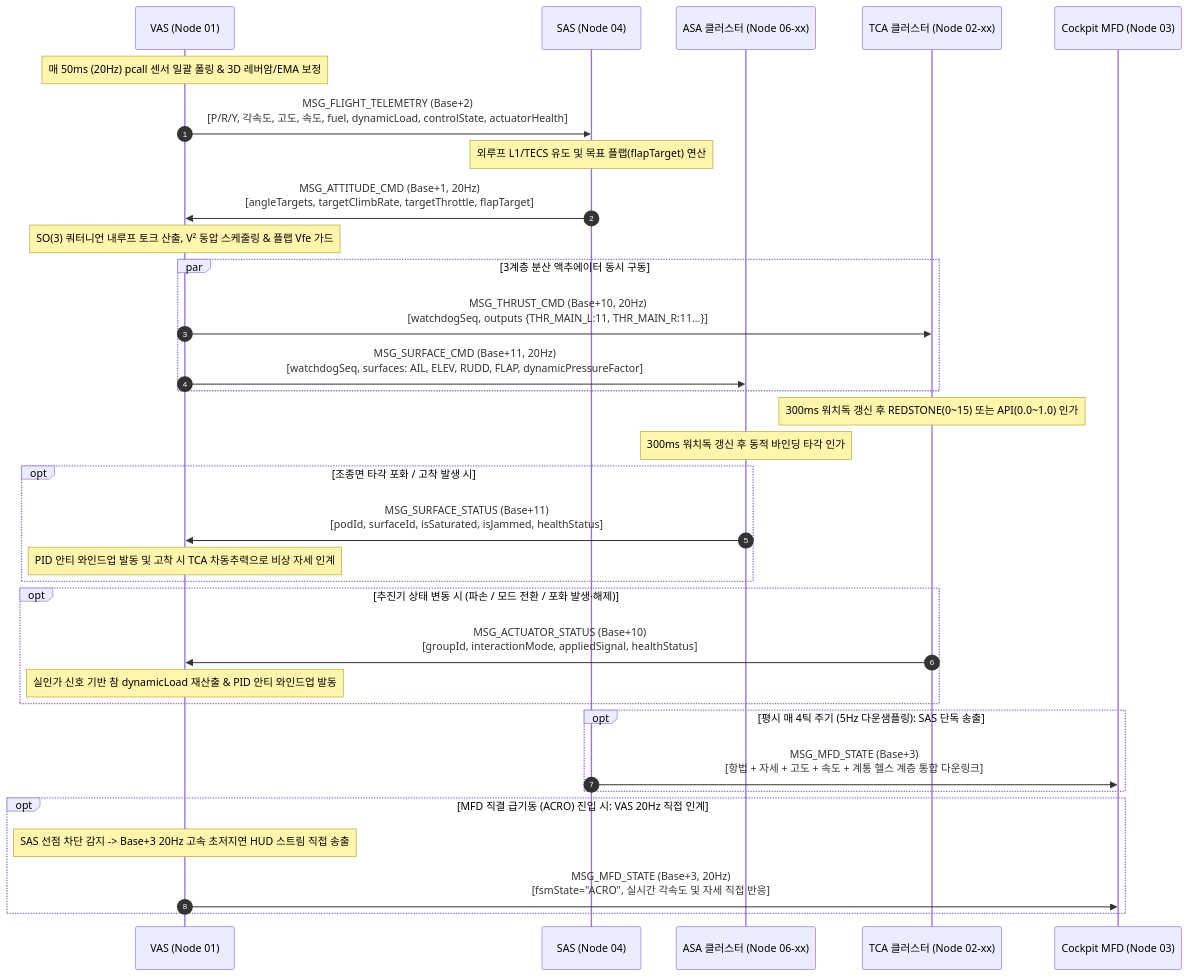
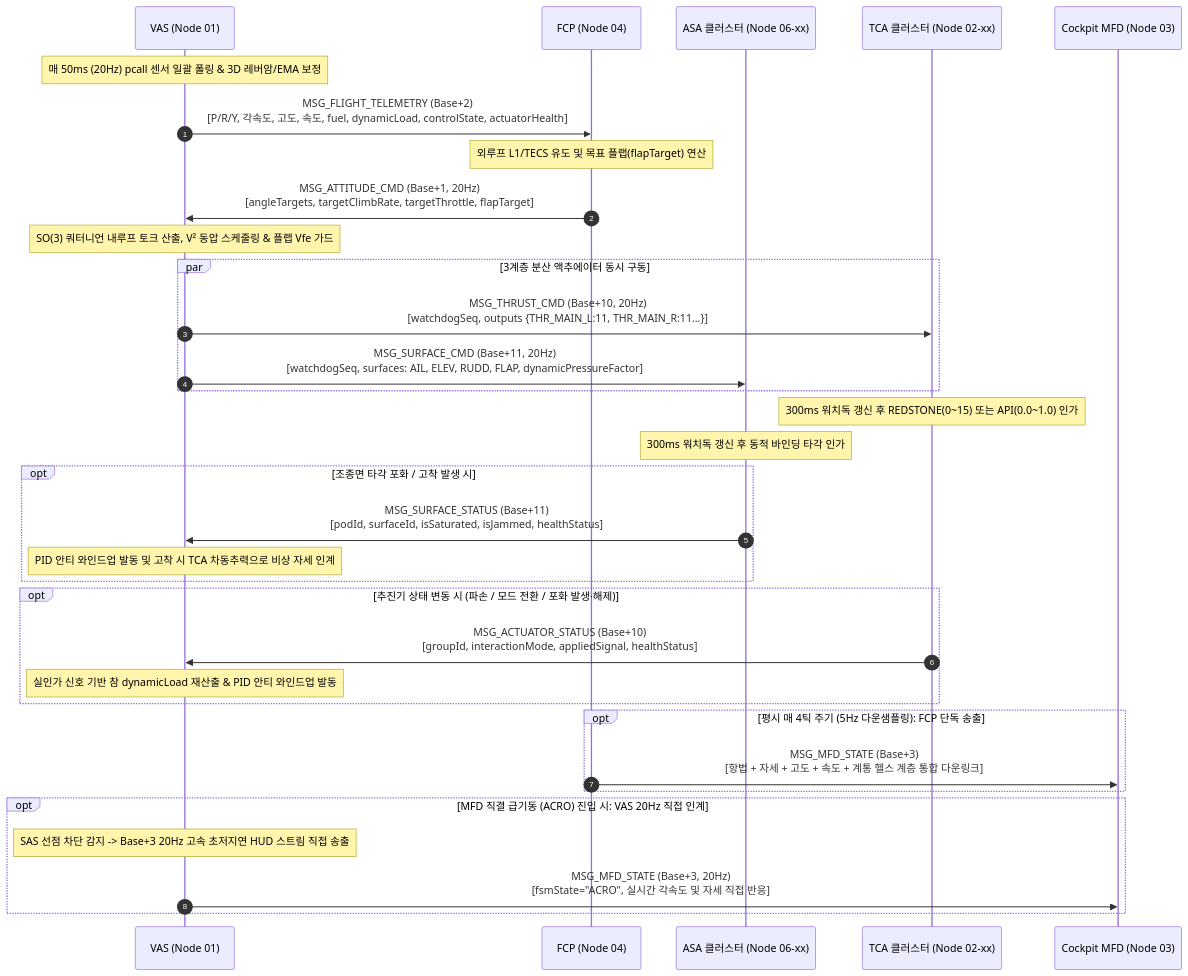
One commit to Polimachi/Aeroneutics_Autopilot changed the third of 9 diagrams in docs/system/SYSTEM_PROGRAM_RELATION_AND_PACKET_DIAGRAM.md. Above: the diagram before and after it, drawn with Mermaid. The commit also changed other lines of this file and 90 other files, not shown here.

Commit message:
refactor(system): consolidate 0_infra, migrate SAS to FCP, and adopt single-tier specs

````diff
--- a/docs/system/SYSTEM_PROGRAM_RELATION_AND_PACKET_DIAGRAM.md
+++ b/docs/system/SYSTEM_PROGRAM_RELATION_AND_PACKET_DIAGRAM.md
@@ -278,43 +288,43 @@
 ```mermaid
 sequenceDiagram
     autonumber
     participant C as VAS (Node 01)
-    participant U as SAS (Node 04)
+    participant U as FCP (Node 04)
     participant W as ASA 클러스터 (Node 06-xx)
     participant T as TCA 클러스터 (Node 02-xx)
     participant M as Cockpit MFD (Node 03)
 
     Note over C: 매 50ms (20Hz) pcall 센서 일괄 폴링 & 3D 레버암/EMA 보정
     C->>U: MSG_FLIGHT_TELEMETRY (Base+2)<br/>[P/R/Y, 각속도, 고도, 속도, fuel, dynamicLoad, controlState, actuatorHealth]
     
     Note over U: 외루프 L1/TECS 유도 및 목표 플랩(flapTarget) 연산
     U->>C: MSG_ATTITUDE_CMD (Base+1, 20Hz)<br/>[angleTargets, targetClimbRate, targetThrottle, flapTarget]
 
     Note over C: SO(3) 쿼터니언 내루프 토크 산출, V² 동압 스케줄링 & 플랩 Vfe 가드
     par 3계층 분산 액추에이터 동시 구동
         C->>T: MSG_THRUST_CMD (Base+10, 20Hz)<br/>[watchdogSeq, outputs {THR_MAIN_L:11, THR_MAIN_R:11...}]
         C->>W: MSG_SURFACE_CMD (Base+11, 20Hz)<br/>[watchdogSeq, surfaces: AIL, ELEV, RUDD, FLAP, dynamicPressureFactor]
     end
 
     Note over T: 300ms 워치독 갱신 후 REDSTONE(0~15) 또는 API(0.0~1.0) 인가
     Note over W: 300ms 워치독 갱신 후 동적 바인딩 타각 인가
 
     opt 조종면 타각 포화 / 고착 발생 시
         W->>C: MSG_SURFACE_STATUS (Base+11)<br/>[podId, surfaceId, isSaturated, isJammed, healthStatus]
         Note over C: PID 안티 와인드업 발동 및 고착 시 TCA 차동추력으로 비상 자세 인계
     end
 
     opt 추진기 상태 변동 시 (파손 / 모드 전환 / 포화 발생·해제)
         T->>C: MSG_ACTUATOR_STATUS (Base+10)<br/>[groupId, interactionMode, appliedSignal, healthStatus]
         Note over C: 실인가 신호 기반 참 dynamicLoad 재산출 & PID 안티 와인드업 발동
     end
 
-    opt 평시 매 4틱 주기 (5Hz 다운샘플링): SAS 단독 송출
+    opt 평시 매 4틱 주기 (5Hz 다운샘플링): FCP 단독 송출
         U->>M: MSG_MFD_STATE (Base+3)<br/>[항법 + 자세 + 고도 + 속도 + 계통 헬스 계층 통합 다운링크]
     end
 
     opt MFD 직결 급기동 (ACRO) 진입 시: VAS 20Hz 직접 인계
         Note over C: SAS 선점 차단 감지 -> Base+3 20Hz 고속 초저지연 HUD 스트림 직접 송출
         C->>M: MSG_MFD_STATE (Base+3, 20Hz)<br/>[fsmState="ACRO", 실시간 각속도 및 자세 직접 반응]
     end
 ```
````
